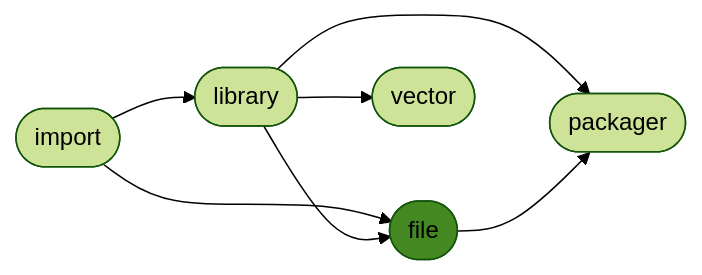
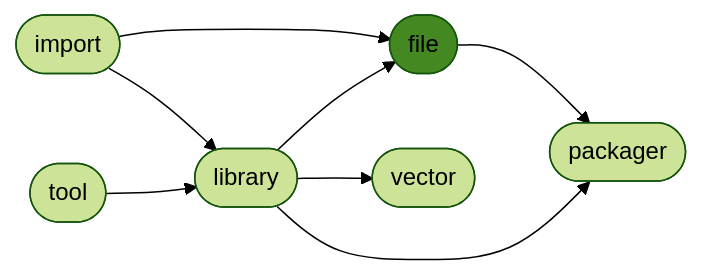
One commit to ManderaGeneral/generalfile changed the diagram in README.md. Above: the diagram before and after it, drawn with Mermaid (forest theme). The commit also changed other lines of this file, not shown here.

Commit message:
[CI AUTO] Sync triggered by generaltool

````diff
--- a/README.md
+++ b/README.md
@@ -24,15 +24,17 @@
 ```mermaid
 flowchart LR
-1([library]) --> 3([vector])
-1([library]) --> 4([packager])
-0([import]) --> 2([file])
-1([library]) --> 2([file])
-0([import]) --> 1([library])
-2([file]) --> 4([packager])
+3([file]) --> 5([packager])
+0([import]) --> 3([file])
+2([library]) --> 3([file])
+2([library]) --> 4([vector])
+2([library]) --> 5([packager])
+1([tool]) --> 2([library])
+0([import]) --> 2([library])
 click 0 "https://github.com/ManderaGeneral/generalimport"
-click 1 "https://github.com/ManderaGeneral/generallibrary"
-click 2 "https://github.com/ManderaGeneral/generalfile"
-click 3 "https://github.com/ManderaGeneral/generalvector"
-click 4 "https://github.com/ManderaGeneral/generalpackager"
-style 2 fill:#482
+click 1 "https://github.com/ManderaGeneral/generaltool"
+click 2 "https://github.com/ManderaGeneral/generallibrary"
+click 3 "https://github.com/ManderaGeneral/generalfile"
+click 4 "https://github.com/ManderaGeneral/generalvector"
+click 5 "https://github.com/ManderaGeneral/generalpackager"
+style 3 fill:#482
 ```
````
